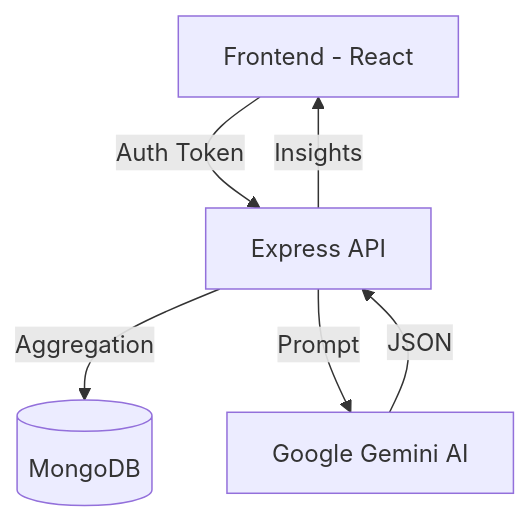
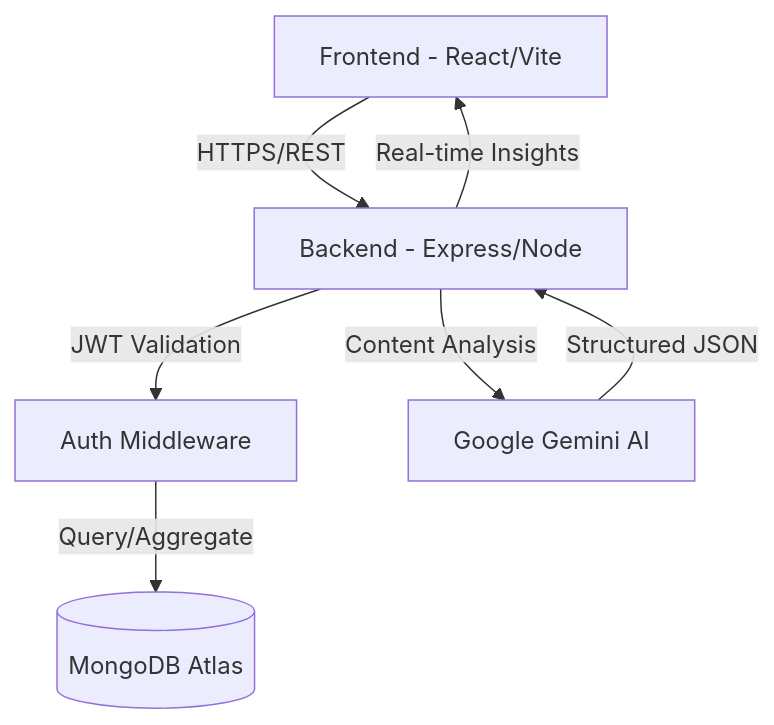
Before and after one commit to amankv1234/ai-notes-workspace: the diagram in README.md, drawn with Mermaid. The commit also changed other lines of this file, not shown here.

````diff
--- a/README.md
+++ b/README.md
@@ -51,8 +100,9 @@
 ```mermaid
 graph TD
-    User[Frontend - React] -->|Auth Token| API[Express API]
-    API -->|Aggregation| DB[(MongoDB)]
-    API -->|Prompt| Gemini[Google Gemini AI]
-    Gemini -->|JSON| API
-    API -->|Insights| User
+    User[Frontend - React/Vite] -->|HTTPS/REST| API[Backend - Express/Node]
+    API -->|JWT Validation| Middleware[Auth Middleware]
+    Middleware -->|Query/Aggregate| DB[(MongoDB Atlas)]
+    API -->|Content Analysis| Gemini[Google Gemini AI]
+    Gemini -->|Structured JSON| API
+    API -->|Real-time Insights| User
 ```
````
